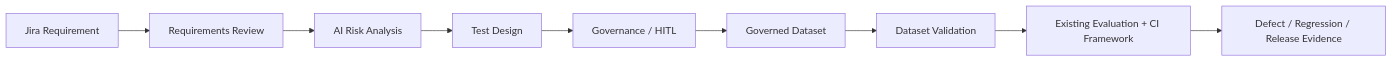
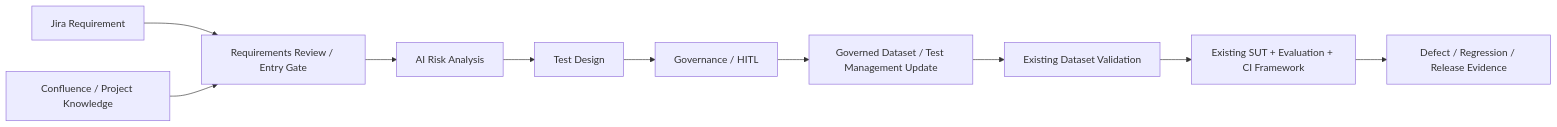
Before and after one commit to oleksandrserhieiev-beep/ai-qe-lab: the fifth of 5 diagrams in docs/architecture.md, drawn with Mermaid. The commit also changed other lines of this file, not shown here.

Commit message:
Synchronize canonical architecture with current implementation

````diff
--- a/docs/architecture.md
+++ b/docs/architecture.md
@@ -301,11 +255,12 @@
 ```mermaid
 flowchart LR
-    J[Jira Requirement] --> R[Requirements Review]
+    J[Jira Requirement] --> R[Requirements Review / Entry Gate]
+    C[Confluence / Project Knowledge] --> R
     R --> AR[AI Risk Analysis]
     AR --> T[Test Design]
     T --> H[Governance / HITL]
-    H --> D[Governed Dataset]
-    D --> V[Dataset Validation]
-    V --> E[Existing Evaluation + CI Framework]
+    H --> D[Governed Dataset / Test Management Update]
+    D --> V[Existing Dataset Validation]
+    V --> E[Existing SUT + Evaluation + CI Framework]
     E --> X[Defect / Regression / Release Evidence]
 ```
````
